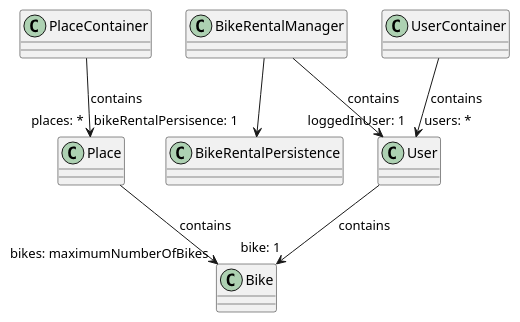
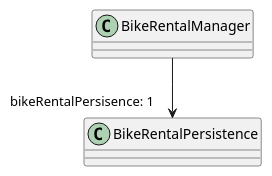
The diagram in docs/release1.md (jonhallem/gr2247), drawn with PlantUML before and after one commit.

Commit message:
Teste om plantuml fungerer

````diff
--- a/docs/release1.md
+++ b/docs/release1.md
@@ -22,11 +22,6 @@
 ```plantuml
 @startuml
 BikeRentalManager --> "bikeRentalPersisence: 1" BikeRentalPersistence
-BikeRentalManager --> "loggedInUser: 1" User : contains
-PlaceContainer --> "places: *" Place : contains
-UserContainer --> "users: *" User : contains
-Place --> "bikes: maximumNumberOfBikes" Bike : contains
-User --> "bike: 1" Bike : contains
 
 @enduml
 ```
````
